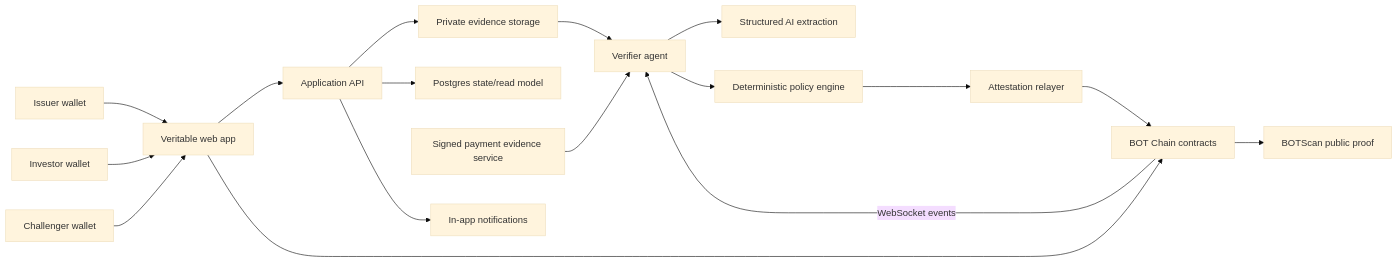
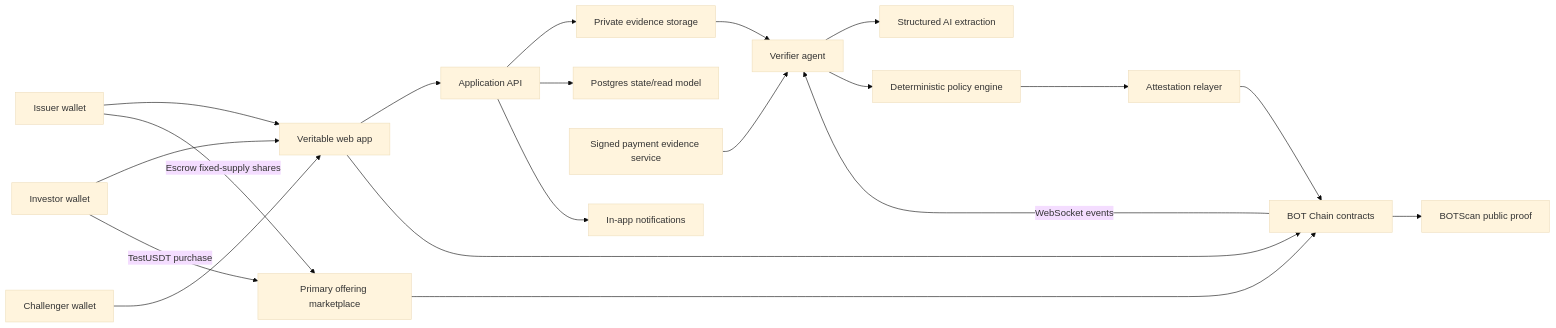
One commit to Techkeyy/veritable changed the first of 3 diagrams in docs/02-system-architecture.md. Above: the diagram before and after it, drawn with Mermaid (base theme). The commit also changed other lines of this file and 25 other files, not shown here.

````diff
--- a/docs/02-system-architecture.md
+++ b/docs/02-system-architecture.md
@@ -15,19 +15,22 @@
 ```mermaid
 flowchart LR
     Issuer["Issuer wallet"] --> Web["Veritable web app"]
     Investor["Investor wallet"] --> Web
     Challenger["Challenger wallet"] --> Web
     Web --> API["Application API"]
     Web --> Contracts["BOT Chain contracts"]
+    Investor -->|"TestUSDT purchase"| Market["Primary offering marketplace"]
+    Issuer -->|"Escrow fixed-supply shares"| Market
+    Market --> Contracts
     API --> Storage["Private evidence storage"]
     API --> DB["Postgres state/read model"]
     Oracle["Signed payment evidence service"] --> Agent["Verifier agent"]
     Storage --> Agent
     Contracts -->|"WebSocket events"| Agent
     Agent --> Model["Structured AI extraction"]
     Agent --> Policy["Deterministic policy engine"]
     Policy --> Relayer["Attestation relayer"]
     Relayer --> Contracts
     Contracts --> Explorer["BOTScan public proof"]
     API --> Notify["In-app notifications"]
 ```
````
